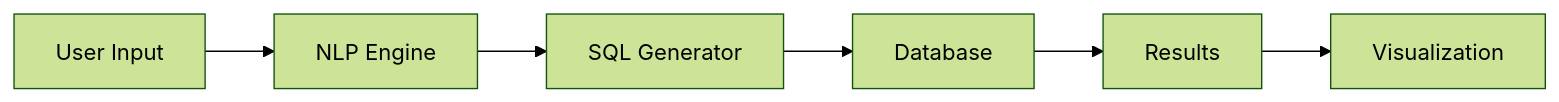
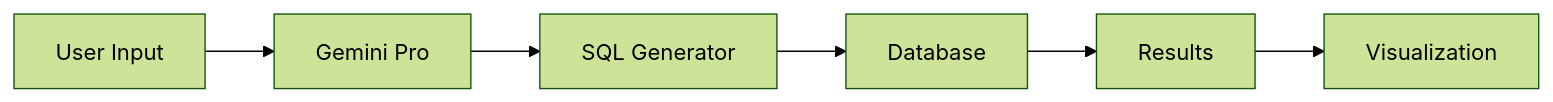
One commit to lohitkolluri/NLP2SQL changed the first of 2 diagrams in README.md. Above: the diagram before and after it, drawn with Mermaid (forest theme). The commit also changed other lines of this file and 6 other files, not shown here.

````diff
--- a/README.md
+++ b/README.md
@@ -68,8 +70,8 @@
 ```mermaid
 graph LR
-    A[User Input] --> B[NLP Engine]
+    A[User Input] --> B[Gemini Pro]
     B --> C[SQL Generator]
     C --> D[Database]
     D --> E[Results]
     E --> F[Visualization]
 ```
````
